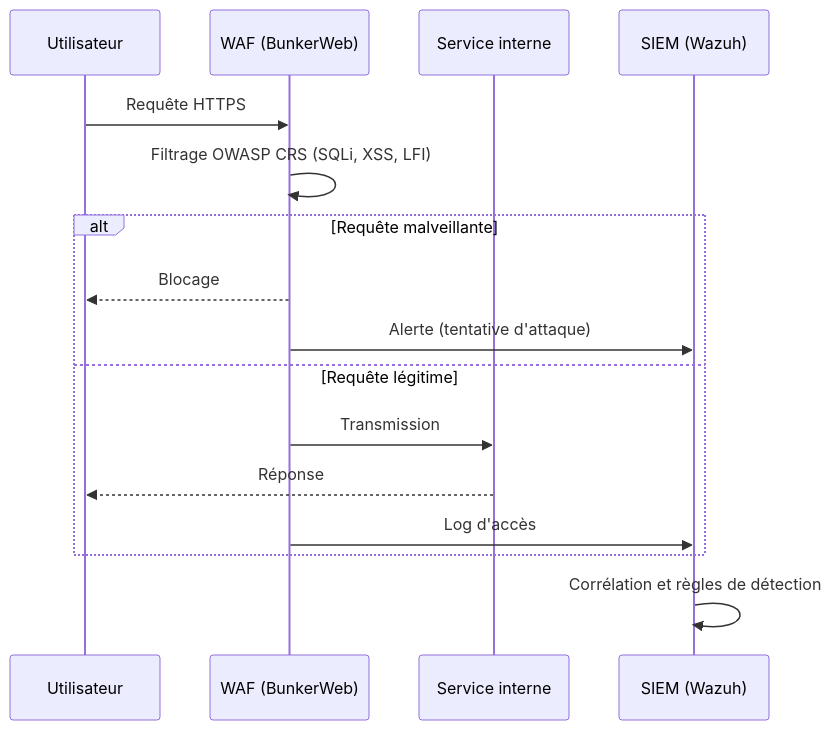
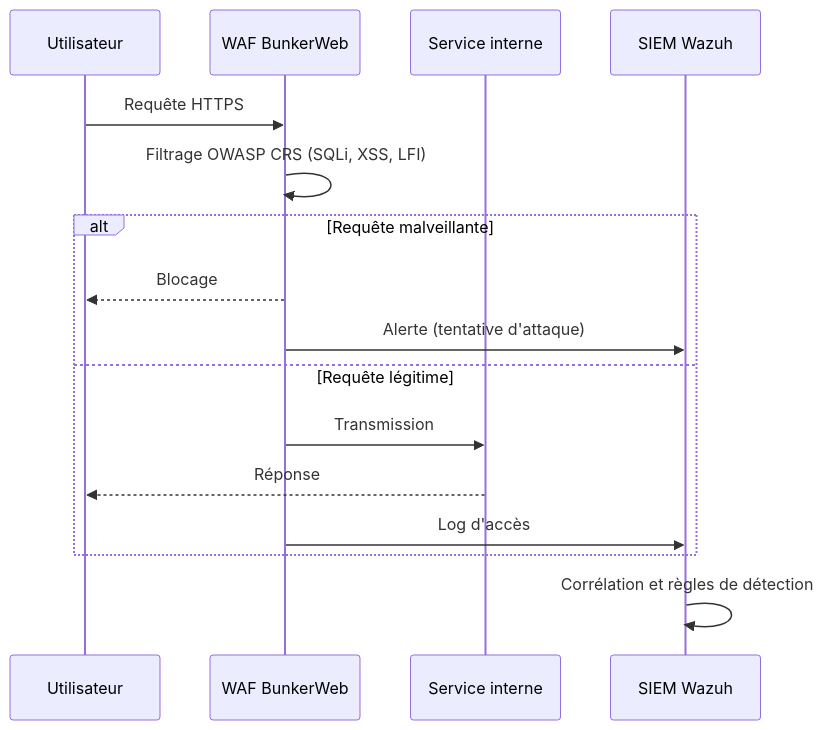
The second of 2 diagrams in README.md (Yorgalus/blue-team-homelab), drawn with Mermaid before and after one commit. The commit also changed other lines of this file, not shown here.

First line of the commit message:
Revise README for clarity on architecture and roles

````diff
--- a/README.md
+++ b/README.md
@@ -54,19 +65,19 @@
 ```mermaid
 sequenceDiagram
     participant U as Utilisateur
-    participant W as WAF (BunkerWeb)
+    participant W as WAF BunkerWeb
     participant S as Service interne
-    participant Z as SIEM (Wazuh)
+    participant Z as SIEM Wazuh
 
     U->>W: Requête HTTPS
     W->>W: Filtrage OWASP CRS (SQLi, XSS, LFI)
     alt Requête malveillante
         W-->>U: Blocage
         W->>Z: Alerte (tentative d'attaque)
     else Requête légitime
         W->>S: Transmission
         S-->>U: Réponse
         W->>Z: Log d'accès
     end
     Z->>Z: Corrélation et règles de détection
 ```
````
